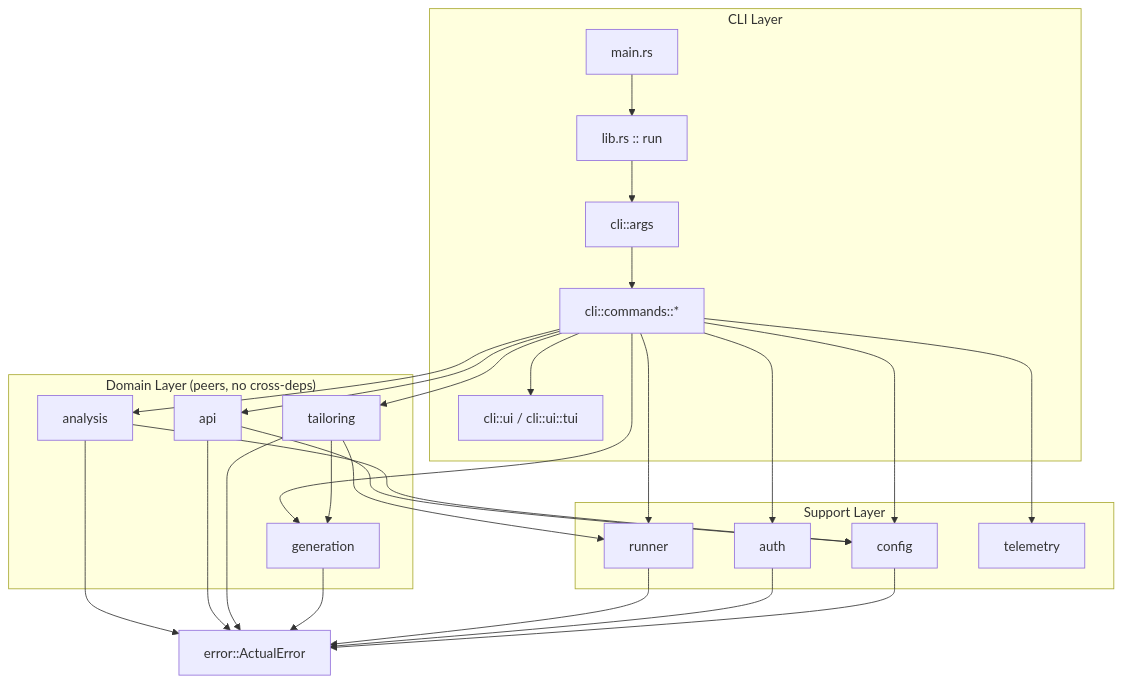
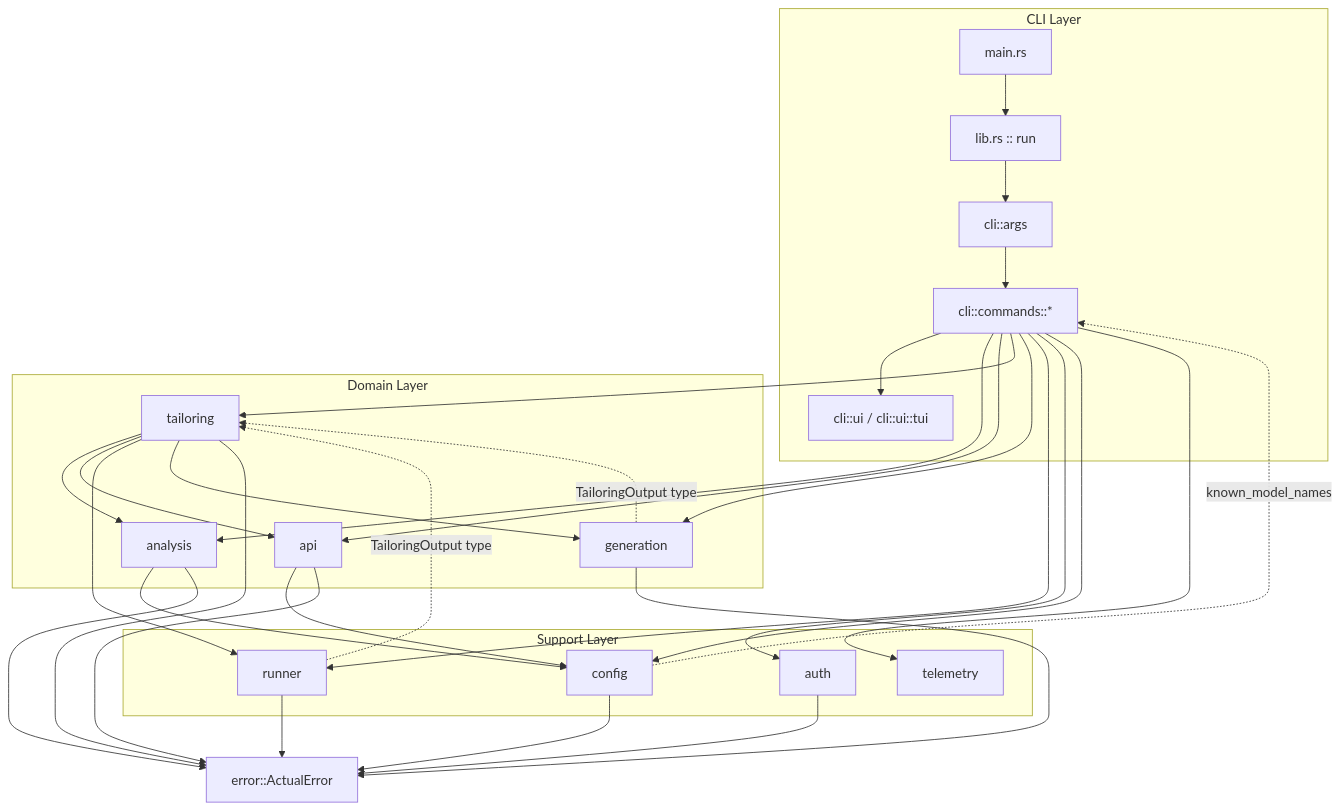
The first of 2 diagrams in ARCHITECTURE.md (actual-software/actual-cli), drawn with Mermaid before and after one commit. The commit also changed other lines of this file, not shown here.

First line of the commit message:
Fix ARCHITECTURE.md per source audit

````diff
--- a/ARCHITECTURE.md
+++ b/ARCHITECTURE.md
@@ -76,50 +83,55 @@
 ```mermaid
 graph TD
     subgraph CLI["CLI Layer"]
         main["main.rs"]
         libRun["lib.rs :: run"]
         args["cli::args"]
         cmds["cli::commands::*"]
         ui["cli::ui / cli::ui::tui"]
     end
 
-    subgraph Domain["Domain Layer (peers, no cross-deps)"]
+    subgraph Domain["Domain Layer"]
         analysis["analysis"]
         api["api"]
         tailoring["tailoring"]
         generation["generation"]
     end
 
     subgraph Support["Support Layer"]
         runner["runner"]
         auth["auth"]
         config["config"]
         telemetry["telemetry"]
     end
 
     err["error::ActualError"]
 
     main --> libRun --> args --> cmds
     cmds --> ui
     cmds --> analysis
     cmds --> api
     cmds --> tailoring
     cmds --> generation
     cmds --> runner
     cmds --> auth
     cmds --> config
     cmds --> telemetry
 
+    tailoring --> analysis
+    tailoring --> api
     tailoring --> runner
     tailoring --> generation
+    runner -.->|TailoringOutput type| tailoring
+    generation -.->|TailoringOutput type| tailoring
+    config -.->|known_model_names| cmds
     api --> config
     analysis --> config
 
     analysis --> err
     api --> err
     tailoring --> err
     generation --> err
     runner --> err
     auth --> err
     config --> err
 ```
````
